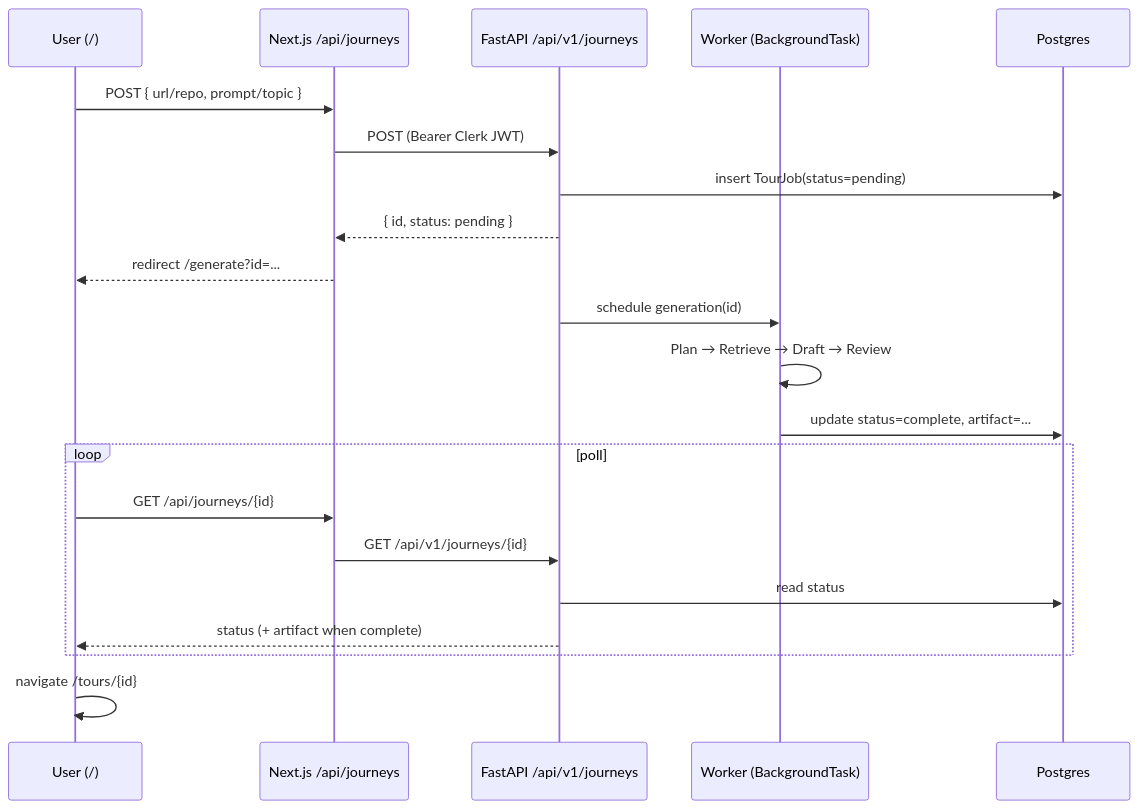
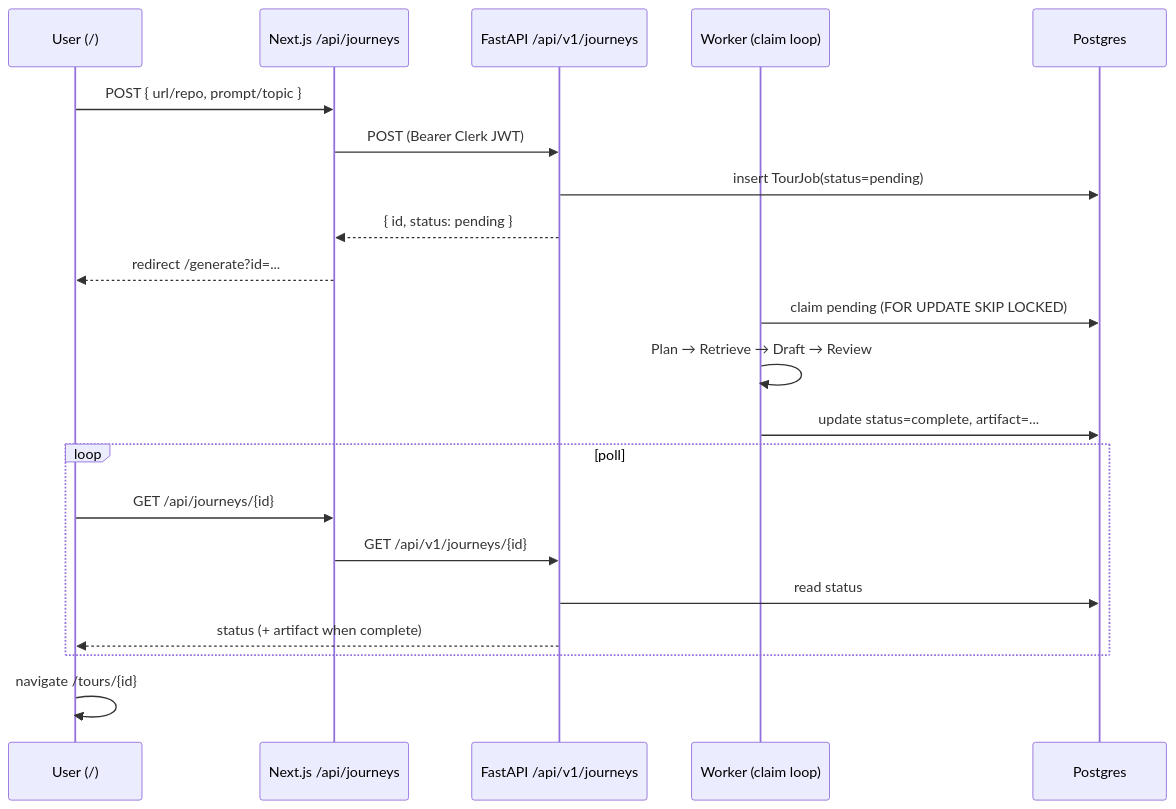
One commit to jballo/camino changed the fifth of 5 diagrams in docs/tour-generation.md. Above: the diagram before and after it, drawn with Mermaid. The commit also changed other lines of this file and 13 other files, not shown here.

First line of the commit message:
feat(worker): make tour generation durable

````diff
--- a/docs/tour-generation.md
+++ b/docs/tour-generation.md
@@ -256,24 +257,24 @@
 ```mermaid
 sequenceDiagram
   participant U as User (/)
   participant F as Next.js /api/journeys
   participant B as FastAPI /api/v1/journeys
-  participant W as Worker (BackgroundTask)
+  participant W as Worker (claim loop)
   participant DB as Postgres
 
   U->>F: POST { url/repo, prompt/topic }
   F->>B: POST (Bearer Clerk JWT)
   B->>DB: insert TourJob(status=pending)
   B-->>F: { id, status: pending }
   F-->>U: redirect /generate?id=...
-  B->>W: schedule generation(id)
+  W->>DB: claim pending (FOR UPDATE SKIP LOCKED)
   W->>W: Plan → Retrieve → Draft → Review
   W->>DB: update status=complete, artifact=...
   loop poll
     U->>F: GET /api/journeys/{id}
     F->>B: GET /api/v1/journeys/{id}
     B->>DB: read status
     B-->>U: status (+ artifact when complete)
   end
   U->>U: navigate /tours/{id}
 ```
````
